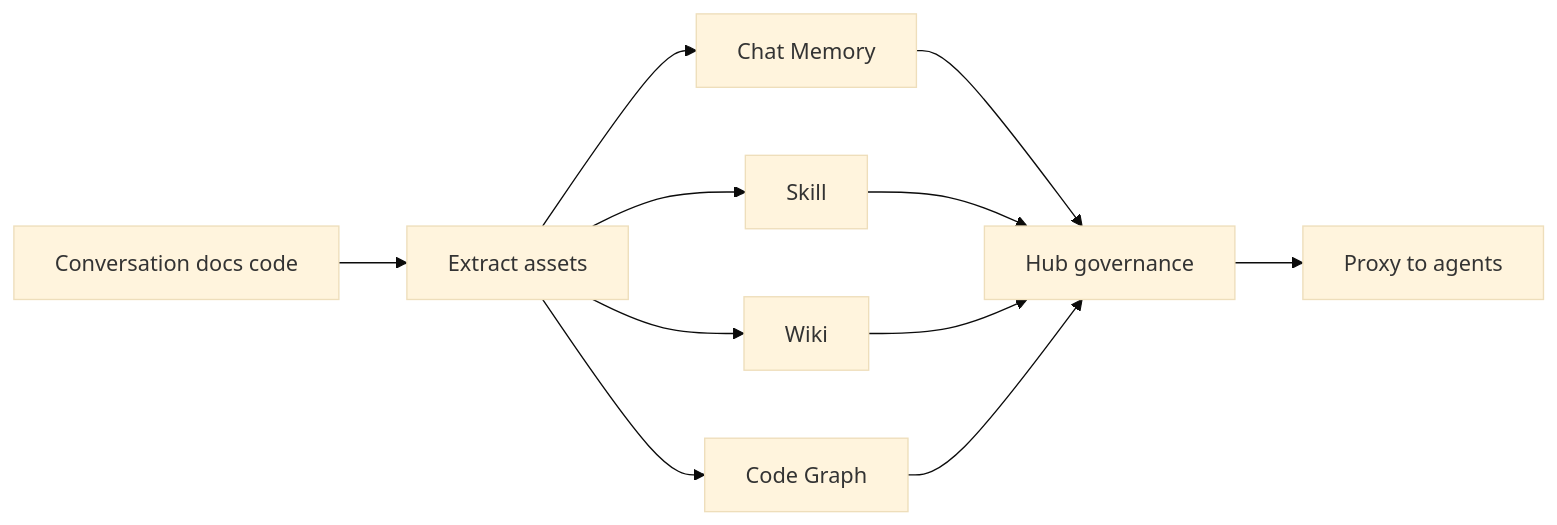
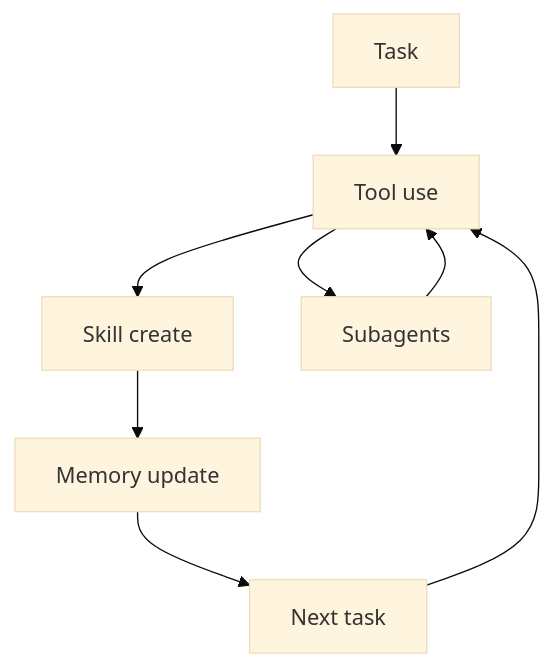
One commit to Solvement/jarvis-digest changed diagram 11 of 18 in digests/2026-09-02.md. Above: the diagram before and after it, drawn with Mermaid (base theme). The commit also changed other lines of this file and 4 other files, not shown here.

````diff
--- a/digests/2026-09-02.md
+++ b/digests/2026-09-02.md
@@ -310,13 +312,10 @@
 ```mermaid
-graph LR
-A[Conversation docs code] --> B[Extract assets]
-B --> C[Chat Memory]
-B --> D[Skill]
-B --> E[Wiki]
-B --> F[Code Graph]
-C --> G[Hub governance]
-D --> G
-E --> G
-F --> G
-G --> H[Proxy to agents]
+graph TD
+A[Task] --> B[Tool use]
+B --> C[Skill create]
+C --> D[Memory update]
+D --> E[Next task]
+E --> B
+B --> F[Subagents]
+F --> B
 ```
````
